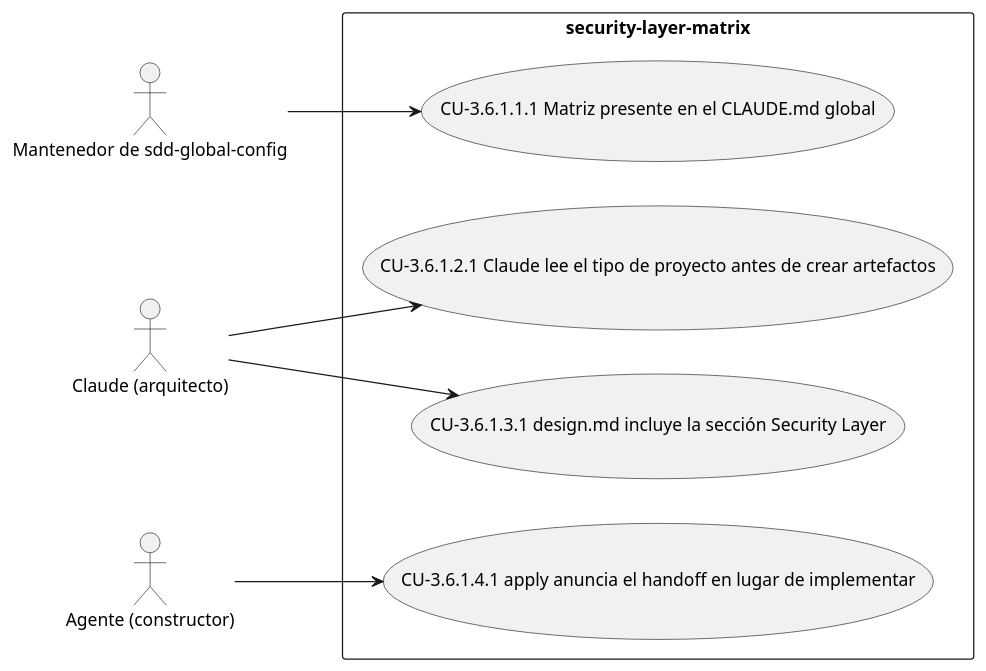
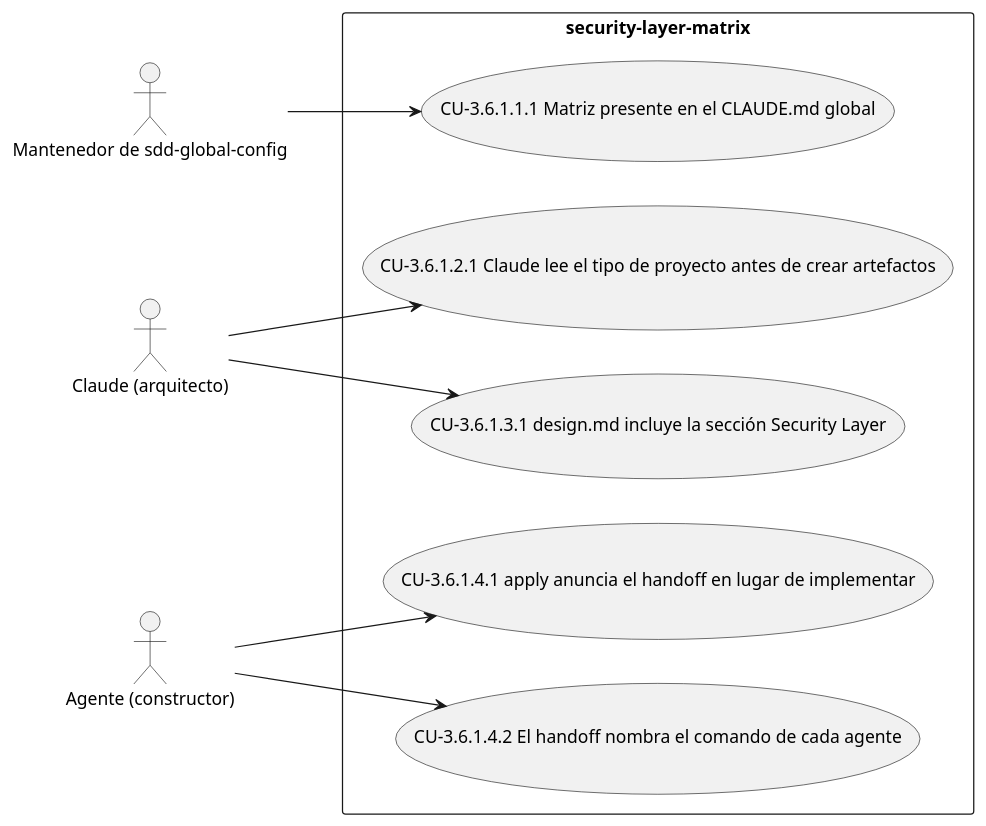
Before and after one commit to Lautaro-Montecchiani/sdd-global-config: diagram 11 of 11 in docs/srs.md, drawn with PlantUML. The commit also changed other lines of this file and 1 other file, not shown here.

````diff
--- a/docs/srs.md
+++ b/docs/srs.md
@@ -1222,18 +1313,20 @@
 ```plantuml
 @startuml
 left to right direction
 actor "Mantenedor de sdd-global-config" as A1
 actor "Claude (arquitecto)" as A2
 actor "Agente (constructor)" as A3
 rectangle "security-layer-matrix" {
   usecase "CU-3.6.1.1.1 Matriz presente en el CLAUDE.md global" as UC_3_6_1_1_1
   usecase "CU-3.6.1.2.1 Claude lee el tipo de proyecto antes de crear artefactos" as UC_3_6_1_2_1
   usecase "CU-3.6.1.3.1 design.md incluye la sección Security Layer" as UC_3_6_1_3_1
   usecase "CU-3.6.1.4.1 apply anuncia el handoff en lugar de implementar" as UC_3_6_1_4_1
+  usecase "CU-3.6.1.4.2 El handoff nombra el comando de cada agente" as UC_3_6_1_4_2
 }
 A1 --> UC_3_6_1_1_1
 A2 --> UC_3_6_1_2_1
 A2 --> UC_3_6_1_3_1
 A3 --> UC_3_6_1_4_1
+A3 --> UC_3_6_1_4_2
 @enduml
 ```
````
